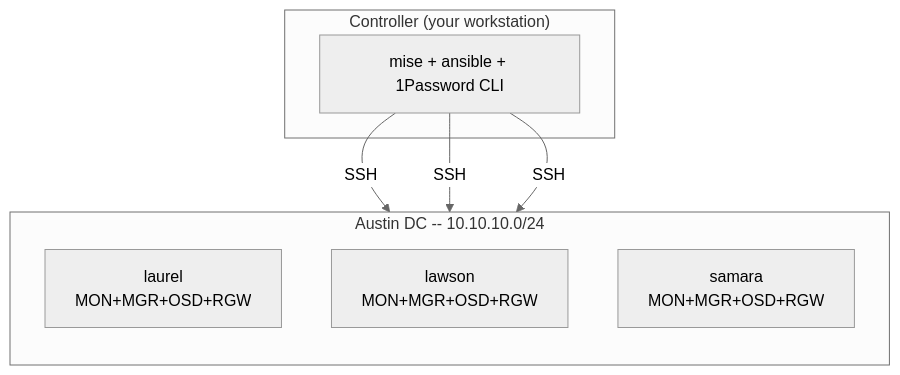
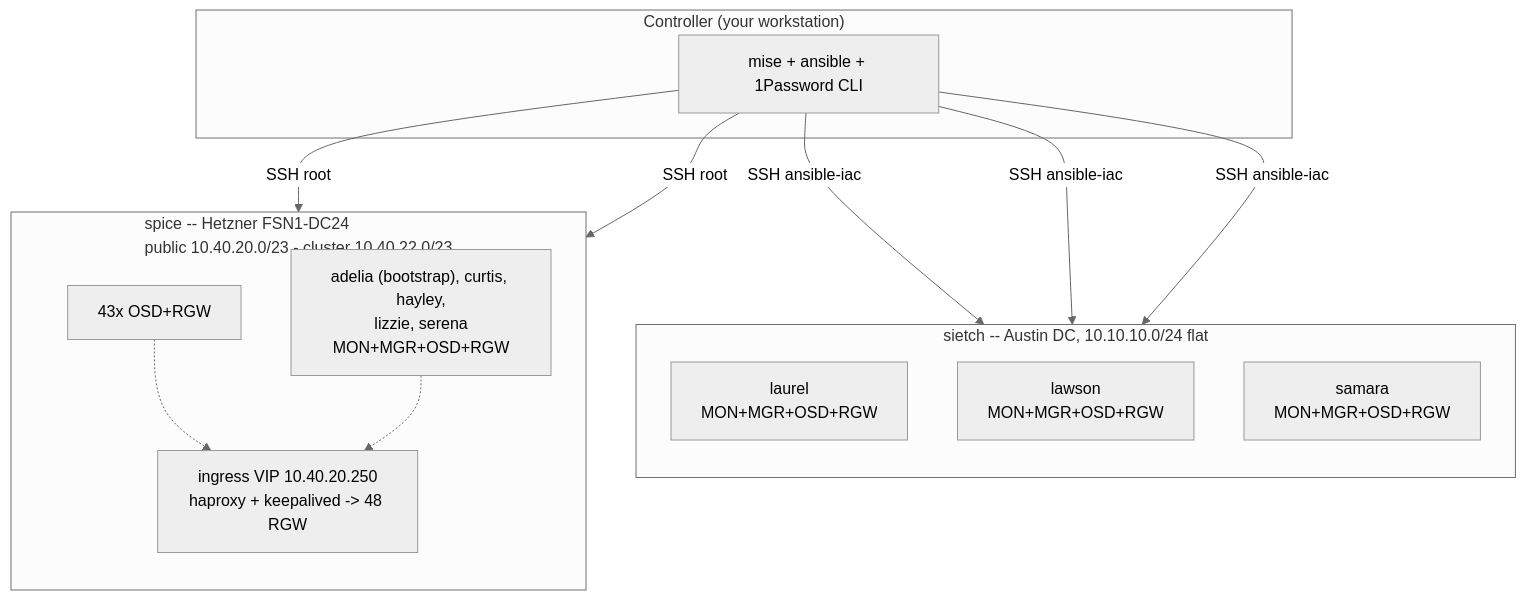
One commit to immich-app/yucca changed the diagram in ansible/ceph/README.md. Above: the diagram before and after it, drawn with Mermaid (neutral theme). The commit also changed other lines of this file and 4 other files, not shown here.

Commit message:
docs(ceph): cover spice alongside sietch in the ceph docs

````diff
--- a/ansible/ceph/README.md
+++ b/ansible/ceph/README.md
@@ -19,17 +28,28 @@
 ```mermaid
 graph TB
     subgraph "Controller (your workstation)"
         A[mise + ansible + 1Password CLI]
     end
 
-    subgraph "Austin DC -- 10.10.10.0/24"
+    subgraph SIETCH["sietch -- Austin DC, 10.10.10.0/24 flat"]
         direction TB
         L[laurel<br/>MON+MGR+OSD+RGW]
         W[lawson<br/>MON+MGR+OSD+RGW]
         S[samara<br/>MON+MGR+OSD+RGW]
     end
 
-    A -->|SSH| L
-    A -->|SSH| W
-    A -->|SSH| S
+    subgraph SPICE["spice -- Hetzner FSN1-DC24<br/>public 10.40.20.0/23 - cluster 10.40.22.0/23"]
+        direction TB
+        M["adelia (bootstrap), curtis, hayley,<br/>lizzie, serena<br/>MON+MGR+OSD+RGW"]
+        O["43x OSD+RGW"]
+        V["ingress VIP 10.40.20.250<br/>haproxy + keepalived -> 48 RGW"]
+        O -.-> V
+        M -.-> V
+    end
+
+    A -->|SSH ansible-iac| L
+    A -->|SSH ansible-iac| W
+    A -->|SSH ansible-iac| S
+    A -->|SSH root| M
+    A -->|SSH root| O
 ```
````
